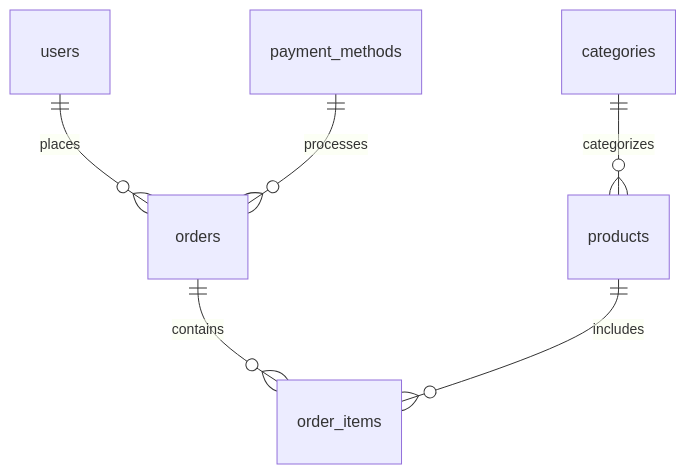
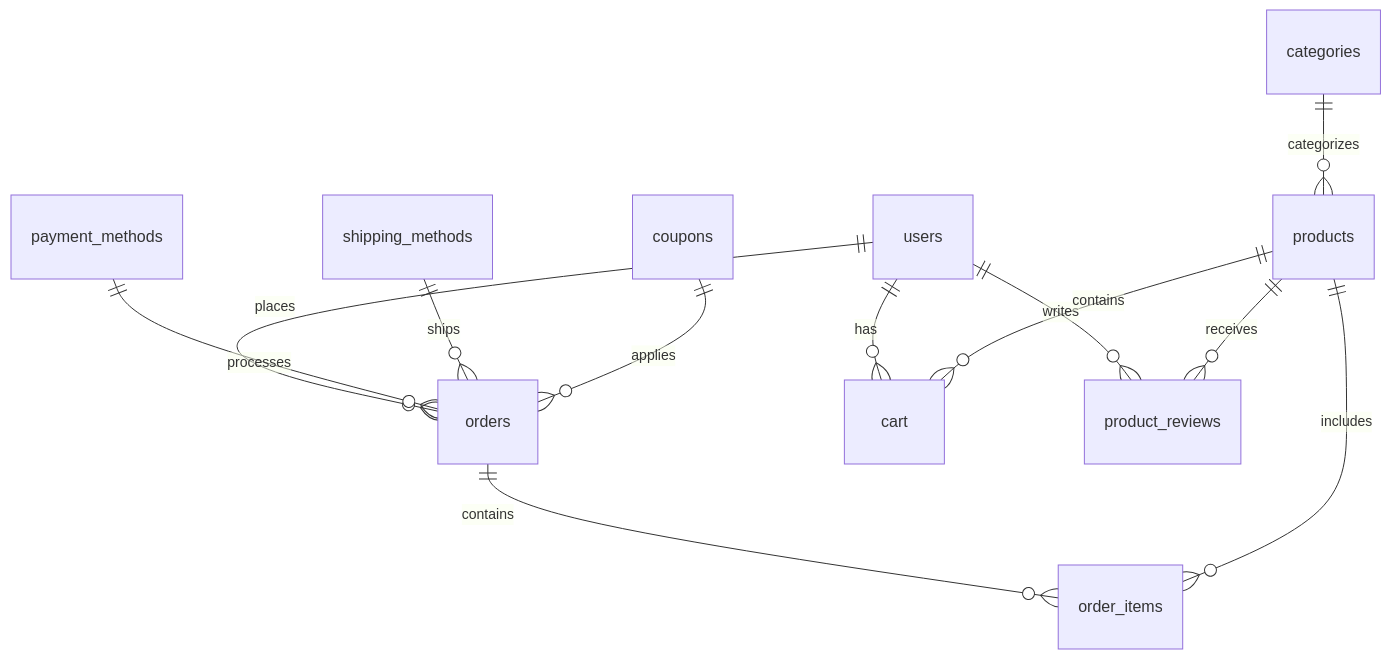
One commit to Nallaprayadita/UAS_Nallaprayadita changed the diagram in README.md. Above: the diagram before and after it, drawn with Mermaid. The commit also changed other lines of this file, not shown here.

````diff
--- a/README.md
+++ b/README.md
@@ -176,8 +275,14 @@
 ```mermaid
 erDiagram
     users ||--o{ orders : places
+    users ||--o{ cart : has
+    users ||--o{ product_reviews : writes
     orders ||--o{ order_items : contains
     products ||--o{ order_items : includes
+    products ||--o{ cart : contains
+    products ||--o{ product_reviews : receives
     categories ||--o{ products : categorizes
     payment_methods ||--o{ orders : processes
+    shipping_methods ||--o{ orders : ships
+    coupons ||--o{ orders : applies
 ```
````
